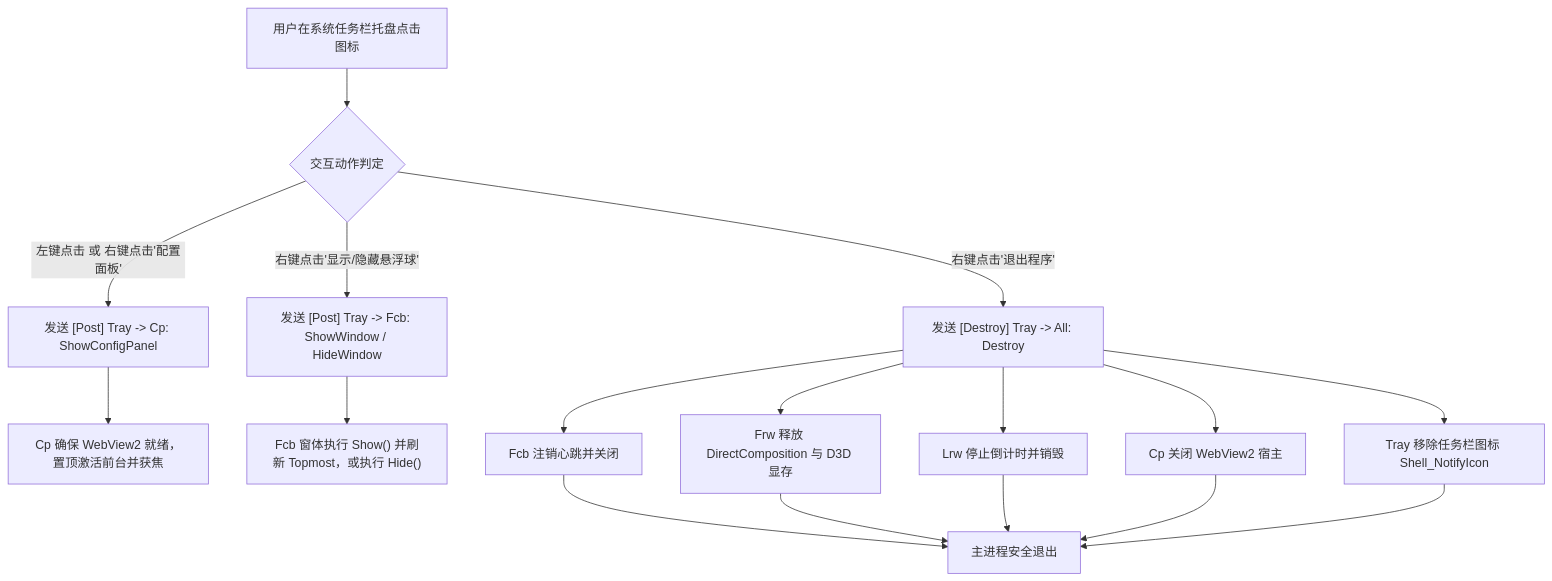
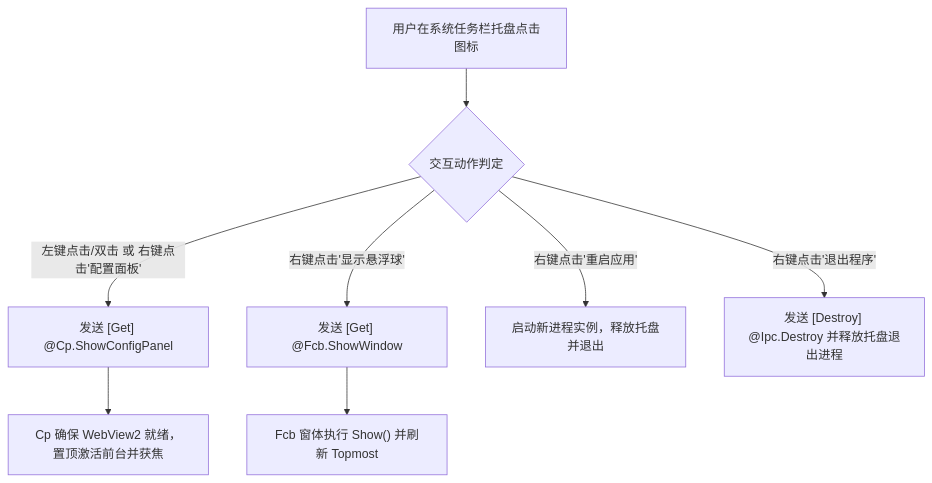
Before and after one commit to Yun-Hydrogen/blue-random: the fifth of 5 diagrams in agents/Architecture.md, drawn with Mermaid. The commit also changed other lines of this file and 31 other files, not shown here.

````diff
--- a/agents/Architecture.md
+++ b/agents/Architecture.md
@@ -245,18 +250,14 @@
 ```mermaid
 flowchart TD
     TrayClick["用户在系统任务栏托盘点击图标"] --> ActionCheck{"交互动作判定"}
     
-    ActionCheck -- "左键点击 或 右键点击'配置面板'" --> ShowCP["发送 [Post] Tray -> Cp: ShowConfigPanel"]
+    ActionCheck -- "左键点击/双击 或 右键点击'配置面板'" --> ShowCP["发送 [Get] @Cp.ShowConfigPanel"]
     ShowCP --> CpHandle["Cp 确保 WebView2 就绪，置顶激活前台并获焦"]
 
-    ActionCheck -- "右键点击'显示/隐藏悬浮球'" --> ToggleFCB["发送 [Post] Tray -> Fcb: ShowWindow / HideWindow"]
-    ToggleFCB --> FcbHandle["Fcb 窗体执行 Show() 并刷新 Topmost，或执行 Hide()"]
+    ActionCheck -- "右键点击'显示悬浮球'" --> ShowFCB["发送 [Get] @Fcb.ShowWindow"]
+    ShowFCB --> FcbHandle["Fcb 窗体执行 Show() 并刷新 Topmost"]
 
-    ActionCheck -- "右键点击'退出程序'" --> DestroyAll["发送 [Destroy] Tray -> All: Destroy"]
-    DestroyAll --> CleanFcb["Fcb 注销心跳并关闭"]
-    DestroyAll --> CleanFrw["Frw 释放 DirectComposition 与 D3D 显存"]
-    DestroyAll --> CleanLrw["Lrw 停止倒计时并销毁"]
-    DestroyAll --> CleanCp["Cp 关闭 WebView2 宿主"]
-    DestroyAll --> CleanTray["Tray 移除任务栏图标 Shell_NotifyIcon"]
-    CleanFcb & CleanFrw & CleanLrw & CleanCp & CleanTray --> ExitProcess["主进程安全退出"]
+    ActionCheck -- "右键点击'重启应用'" --> RestartApp["启动新进程实例，释放托盘并退出"]
+
+    ActionCheck -- "右键点击'退出程序'" --> DestroyAll["发送 [Destroy] @Ipc.Destroy 并释放托盘退出进程"]
 ```
````
